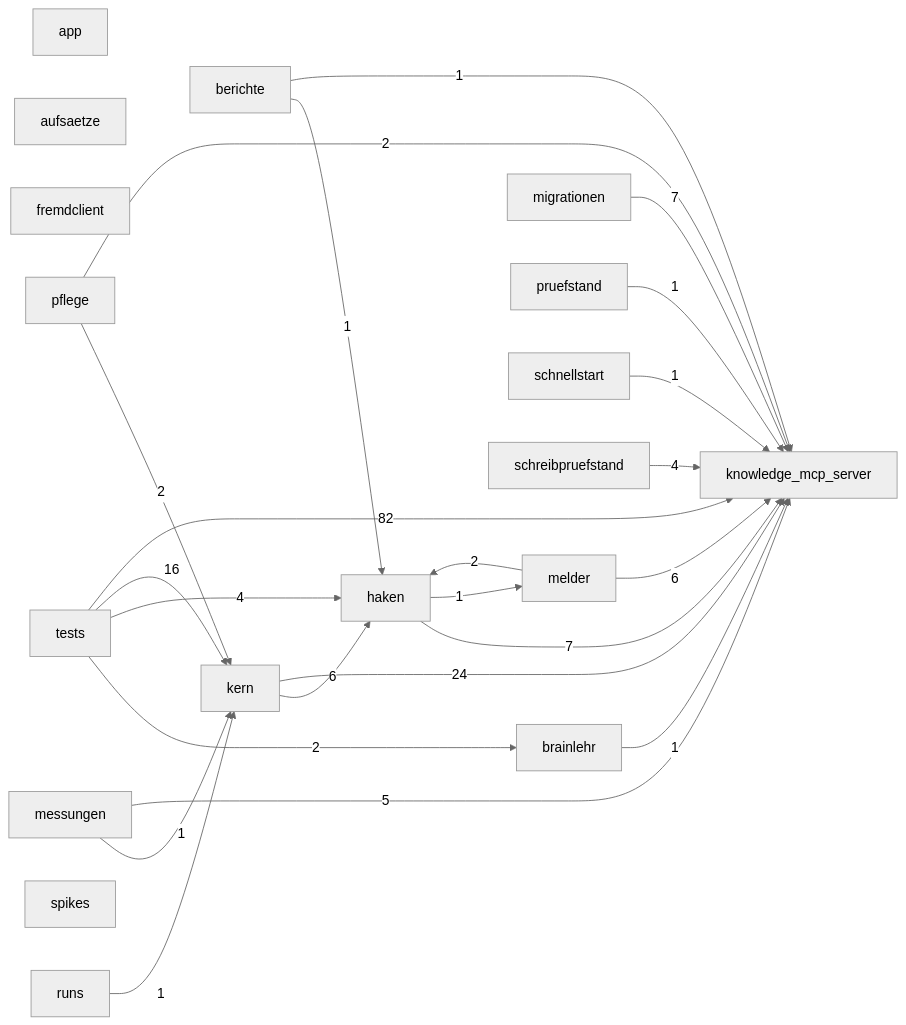
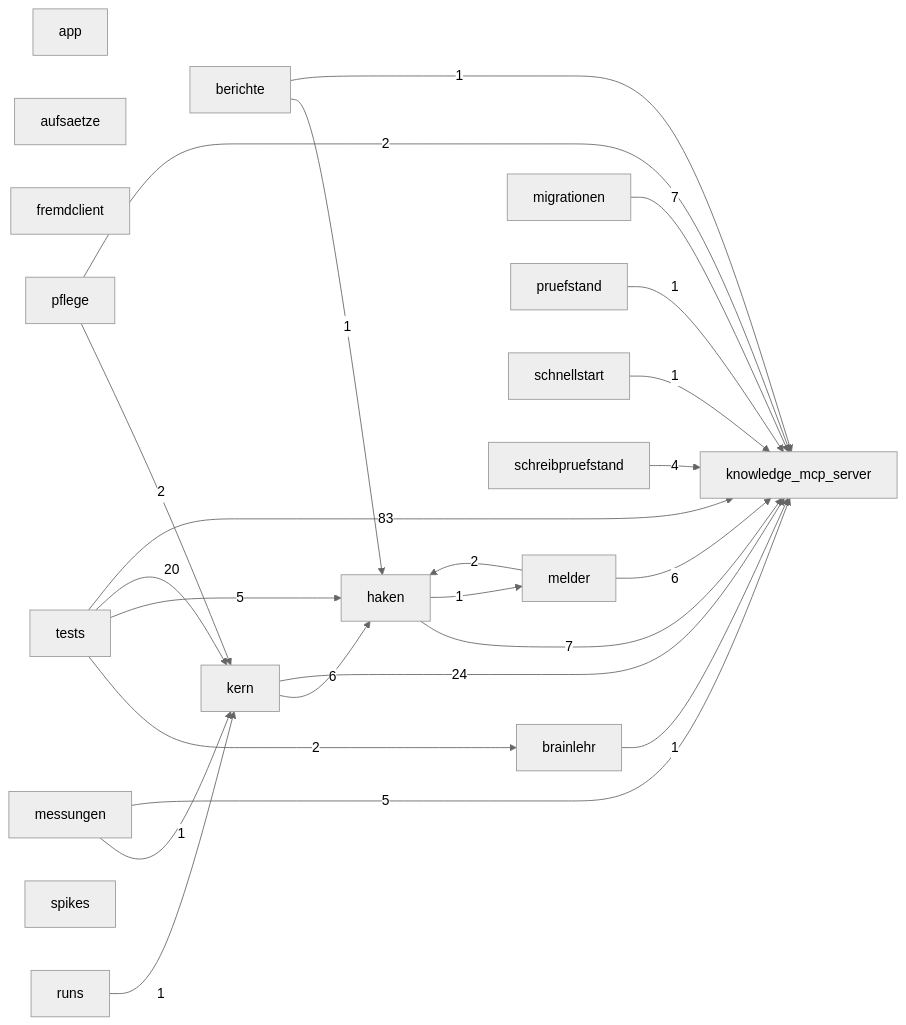
One commit to 3lehr/brainlehr changed the diagram in docs/karten/code-brainlehr.md. Above: the diagram before and after it, drawn with Mermaid (neutral theme). The commit also changed 7 other files, not shown here.

````diff
--- a/docs/karten/code-brainlehr.md
+++ b/docs/karten/code-brainlehr.md
@@ -5,43 +5,43 @@
 ```mermaid
 graph LR
   app["app"]
   aufsaetze["aufsaetze"]
   berichte["berichte"]
   brainlehr["brainlehr"]
   fremdclient["fremdclient"]
   haken["haken"]
   kern["kern"]
   knowledge_mcp_server["knowledge_mcp_server"]
   melder["melder"]
   messungen["messungen"]
   migrationen["migrationen"]
   pflege["pflege"]
   pruefstand["pruefstand"]
   runs["runs"]
   schnellstart["schnellstart"]
   schreibpruefstand["schreibpruefstand"]
   spikes["spikes"]
   tests["tests"]
   berichte -->|1| haken
   berichte -->|1| knowledge_mcp_server
   brainlehr -->|1| knowledge_mcp_server
   haken -->|7| knowledge_mcp_server
   haken -->|1| melder
   kern -->|6| haken
   kern -->|24| knowledge_mcp_server
   melder -->|2| haken
   melder -->|6| knowledge_mcp_server
   messungen -->|1| kern
   messungen -->|5| knowledge_mcp_server
   migrationen -->|7| knowledge_mcp_server
   pflege -->|2| kern
   pflege -->|2| knowledge_mcp_server
   pruefstand -->|1| knowledge_mcp_server
   runs -->|1| kern
   schnellstart -->|1| knowledge_mcp_server
   schreibpruefstand -->|4| knowledge_mcp_server
   tests -->|2| brainlehr
-  tests -->|4| haken
-  tests -->|16| kern
-  tests -->|82| knowledge_mcp_server
+  tests -->|5| haken
+  tests -->|20| kern
+  tests -->|83| knowledge_mcp_server
 ```
````
